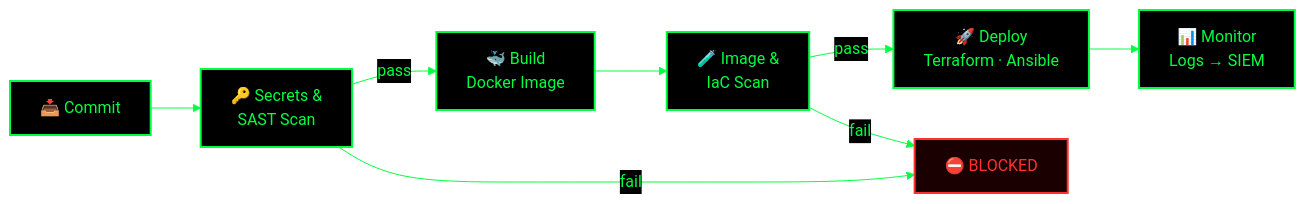
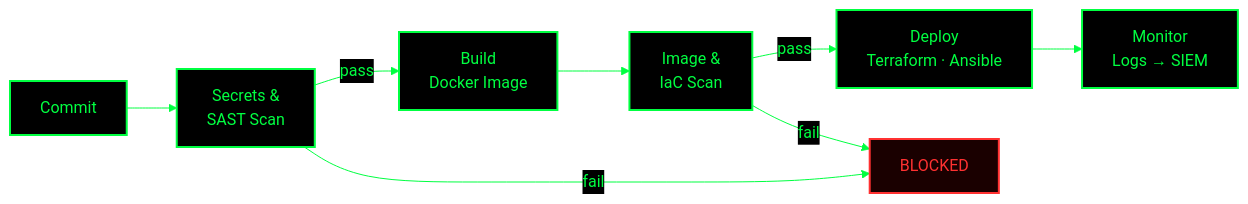
One commit to karabo17-x/karabo17-x changed the third of 5 diagrams in README.md. Above: the diagram before and after it, drawn with Mermaid. The commit also changed other lines of this file, not shown here.

````diff
--- a/README.md
+++ b/README.md
@@ -102,17 +103,17 @@
 ```mermaid
 %%{init: {'theme':'base','themeVariables':{'background':'#000000','primaryColor':'#000000','primaryTextColor':'#00ff41','primaryBorderColor':'#00ff41','lineColor':'#00ff41','secondaryColor':'#000000','tertiaryColor':'#000000','fontFamily':'Courier New, monospace'}}}%%
 flowchart LR
-    C["📥 Commit"] --> S["🔑 Secrets &<br/>SAST Scan"]
-    S -->|pass| B["🐳 Build<br/>Docker Image"]
-    B --> I["🧪 Image &<br/>IaC Scan"]
-    I -->|pass| D["🚀 Deploy<br/>Terraform · Ansible"]
-    D --> M["📊 Monitor<br/>Logs → SIEM"]
+    C["Commit"] --> S["Secrets &<br/>SAST Scan"]
+    S -->|pass| B["Build<br/>Docker Image"]
+    B --> I["Image &<br/>IaC Scan"]
+    I -->|pass| D["Deploy<br/>Terraform · Ansible"]
+    D --> M["Monitor<br/>Logs → SIEM"]
 
-    S -->|fail| X["⛔ BLOCKED"]
+    S -->|fail| X["BLOCKED"]
     I -->|fail| X
 
     classDef ok fill:#000,stroke:#00ff41,stroke-width:2px,color:#00ff41;
     classDef bad fill:#1a0000,stroke:#ff3131,stroke-width:2px,color:#ff3131;
     class C,S,B,I,D,M ok;
     class X bad;
 ```
````
